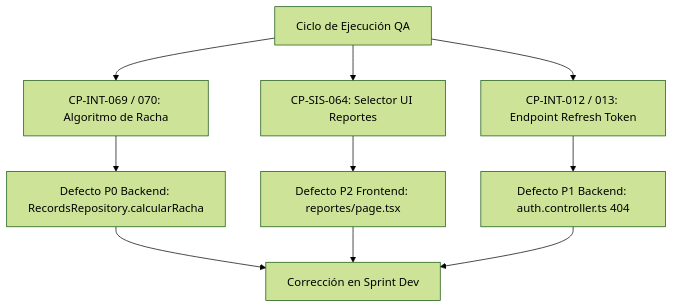
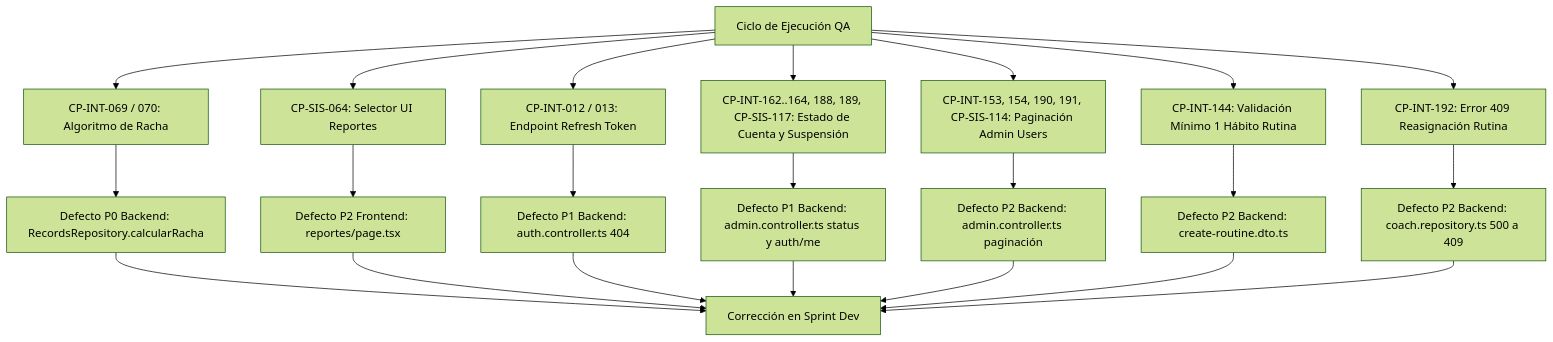
Before and after one commit to CarlosAcosta44/habitapp: the diagram in .docs/5-calidad-qa/casos_fallidos_y_bloqueados.md, drawn with Mermaid (forest theme). The commit also changed other lines of this file, not shown here.

First line of the commit message:
docs(qa): registrar casos bloqueados por funcionalidades de backend pendientes

````diff
--- a/.docs/5-calidad-qa/casos_fallidos_y_bloqueados.md
+++ b/.docs/5-calidad-qa/casos_fallidos_y_bloqueados.md
@@ -21,14 +25,26 @@
 ```mermaid
 graph TD
     A[Ciclo de Ejecución QA] --> B[CP-INT-069 / 070: Algoritmo de Racha]
     A --> C[CP-SIS-064: Selector UI Reportes]
     A --> D[CP-INT-012 / 013: Endpoint Refresh Token]
+    A --> E[CP-INT-162..164, 188, 189, CP-SIS-117: Estado de Cuenta y Suspensión]
+    A --> F[CP-INT-153, 154, 190, 191, CP-SIS-114: Paginación Admin Users]
+    A --> G[CP-INT-144: Validación Mínimo 1 Hábito Rutina]
+    A --> H[CP-INT-192: Error 409 Reasignación Rutina]
 
     B --> B1[Defecto P0 Backend: RecordsRepository.calcularRacha]
     C --> C1[Defecto P2 Frontend: reportes/page.tsx]
     D --> D1[Defecto P1 Backend: auth.controller.ts 404]
+    E --> E1[Defecto P1 Backend: admin.controller.ts status y auth/me]
+    F --> F1[Defecto P2 Backend: admin.controller.ts paginación]
+    G --> G1[Defecto P2 Backend: create-routine.dto.ts]
+    H --> H1[Defecto P2 Backend: coach.repository.ts 500 a 409]
 
-    B1 --> E[Corrección en Sprint Dev]
-    C1 --> E
-    D1 --> E
+    B1 --> Z[Corrección en Sprint Dev]
+    C1 --> Z
+    D1 --> Z
+    E1 --> Z
+    F1 --> Z
+    G1 --> Z
+    H1 --> Z
 ```
````
